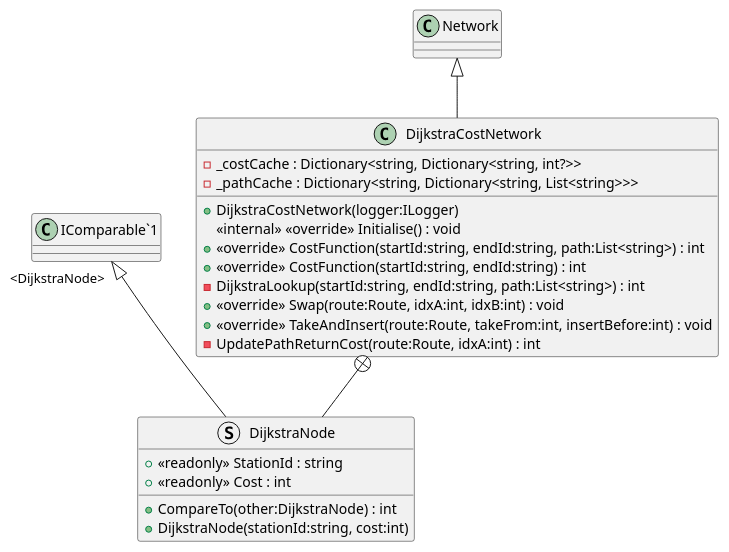
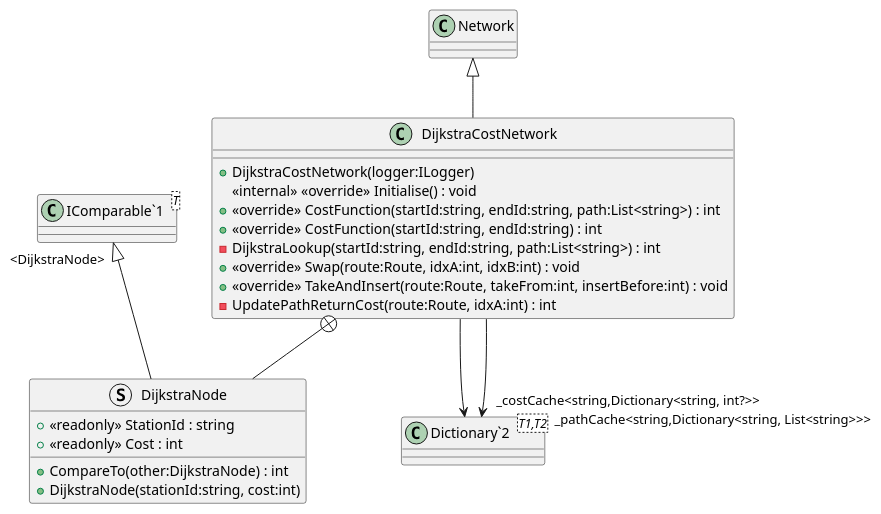
One commit to Liftyee/london-tube-navigator changed the diagram in TubeChallengeRouter/puml/TransportNetwork/DijkstraCostNetwork.puml. Above: the diagram before and after it, drawn with PlantUML. The commit also changed 23 other files, not shown here.

```diff
--- a/TubeChallengeRouter/puml/TransportNetwork/DijkstraCostNetwork.puml
+++ b/TubeChallengeRouter/puml/TransportNetwork/DijkstraCostNetwork.puml
@@ -1,23 +1,27 @@
 @startuml
 class DijkstraCostNetwork {
-    - _costCache : Dictionary<string, Dictionary<string, int?>>
-    - _pathCache : Dictionary<string, Dictionary<string, List<string>>>
     + DijkstraCostNetwork(logger:ILogger)
     <<internal>> <<override>> Initialise() : void
     + <<override>> CostFunction(startId:string, endId:string, path:List<string>) : int
     + <<override>> CostFunction(startId:string, endId:string) : int
     - DijkstraLookup(startId:string, endId:string, path:List<string>) : int
     + <<override>> Swap(route:Route, idxA:int, idxB:int) : void
     + <<override>> TakeAndInsert(route:Route, takeFrom:int, insertBefore:int) : void
     - UpdatePathReturnCost(route:Route, idxA:int) : int
 }
 struct DijkstraNode {
     + <<readonly>> StationId : string
     + <<readonly>> Cost : int
     + CompareTo(other:DijkstraNode) : int
     + DijkstraNode(stationId:string, cost:int)
 }
+class "Dictionary`2"<T1,T2> {
+}
+class "IComparable`1"<T> {
+}
 Network <|-- DijkstraCostNetwork
+DijkstraCostNetwork --> "_costCache<string,Dictionary<string, int?>>" "Dictionary`2"
+DijkstraCostNetwork --> "_pathCache<string,Dictionary<string, List<string>>>" "Dictionary`2"
 DijkstraCostNetwork +-- DijkstraNode
 "IComparable`1" "<DijkstraNode>" <|-- DijkstraNode
 @enduml
```
